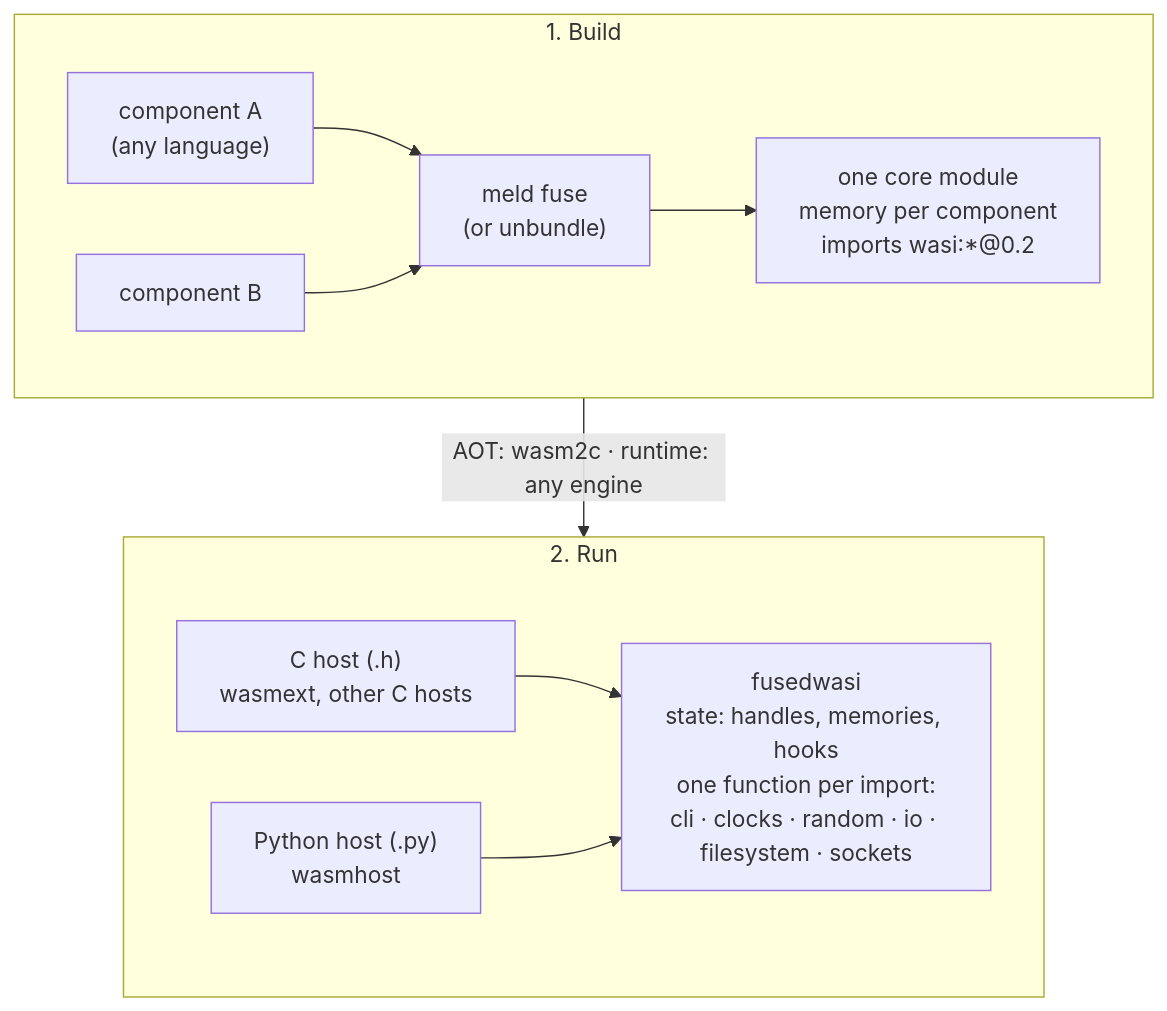
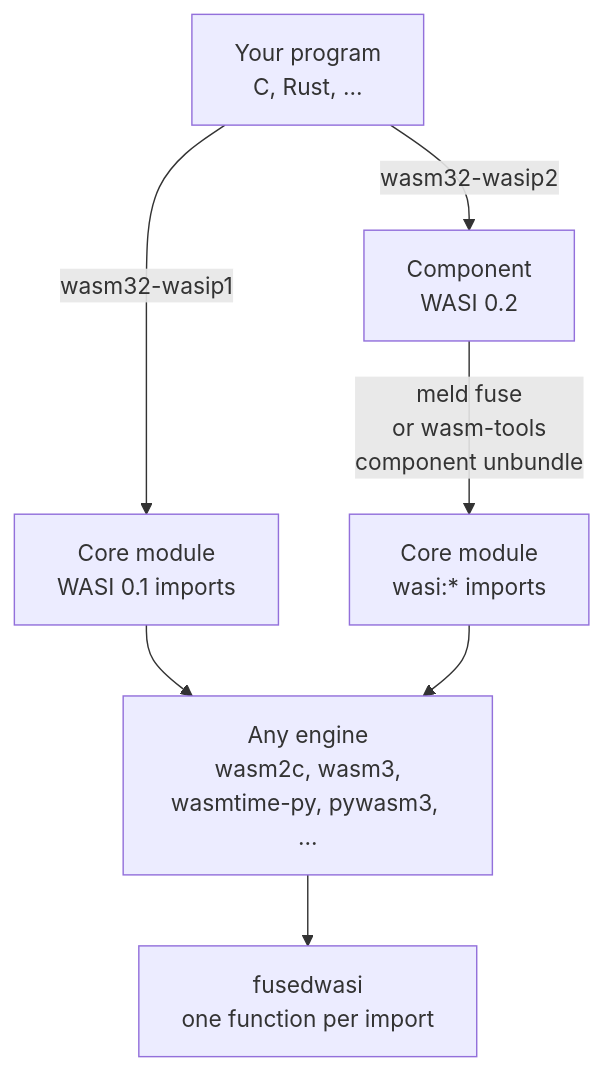
The first of 2 diagrams in README.md (natify-sh/fusedwasi), drawn with Mermaid before and after one commit. The commit also changed other lines of this file and 180 other files, not shown here.

````diff
--- a/README.md
+++ b/README.md
@@ -11,18 +53,10 @@
 ```mermaid
 flowchart TB
-    subgraph build["1. Build"]
-        direction LR
-        C1["component A<br/>(any language)"] --> F["meld fuse<br/>(or unbundle)"]
-        C2["component B"] --> F
-        F --> M["one core module<br/>memory per component<br/>imports wasi:*@0.2"]
-    end
-
-    subgraph run["2. Run"]
-        direction LR
-        H["C host (.h)<br/>wasmext, other C hosts"] --> FW
-        Y["Python host (.py)<br/>wasmhost"] --> FW
-        FW["fusedwasi<br/>state: handles, memories, hooks<br/>one function per import:<br/>cli · clocks · random · io · filesystem · sockets"]
-    end
-
-    build -- "AOT: wasm2c · runtime: any engine" --> run
+    A["Your program<br/>C, Rust, ..."]
+    A -->|"wasm32-wasip1"| M1["Core module<br/>WASI 0.1 imports"]
+    A -->|"wasm32-wasip2"| C["Component<br/>WASI 0.2"]
+    C -->|"meld fuse<br/>or wasm-tools<br/>component unbundle"| M2["Core module<br/>wasi:* imports"]
+    M1 --> E["Any engine<br/>wasm2c, wasm3,<br/>wasmtime-py, pywasm3, ..."]
+    M2 --> E
+    E --> F["fusedwasi<br/>one function per import"]
 ```
````
